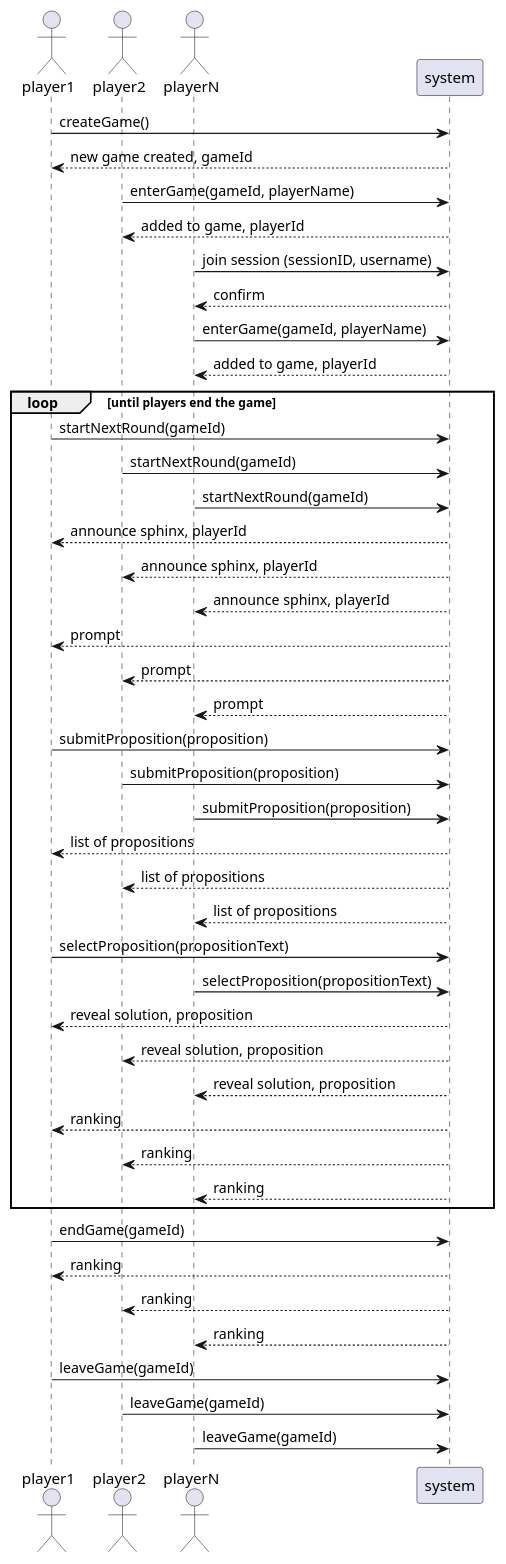
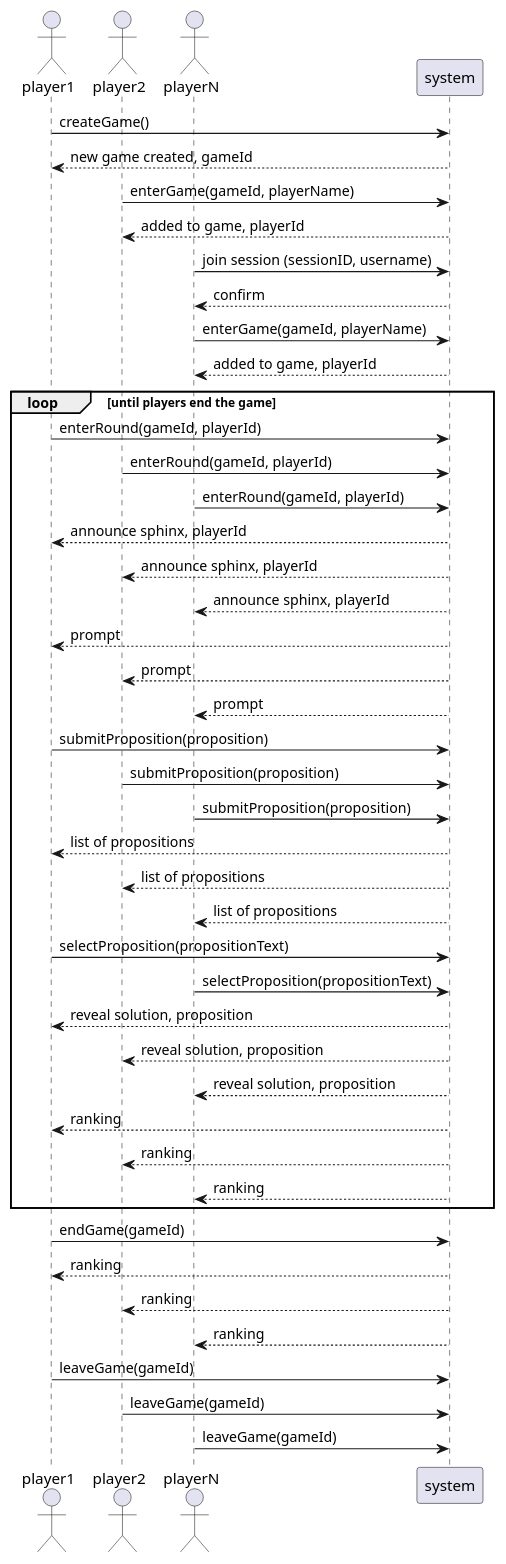
The diagram in docs/diagrams/system_sequence_diagram.plantuml (patrickwinti/worldwidewalter), drawn with PlantUML before and after one commit. The commit also changed 7 other files, not shown here.

Commit message:
[WWW-72] adds start round call

```diff
--- a/docs/diagrams/system_sequence_diagram.plantuml
+++ b/docs/diagrams/system_sequence_diagram.plantuml
@@ -1,63 +1,63 @@
 @startuml
 
 actor       player1
 actor       player2
 actor       playerN
 
 
 player1 -> system: createGame()
 system --> player1: new game created, gameId
 
 player2 -> system: enterGame(gameId, playerName)
 system --> player2: added to game, playerId
 
 playerN -> system: join session (sessionID, username)
 system --> playerN: confirm
 
 playerN -> system: enterGame(gameId, playerName)
 system --> playerN: added to game, playerId
 
 loop until players end the game
-    player1 -> system: startNextRound(gameId)
-    player2 -> system: startNextRound(gameId)
-    playerN -> system: startNextRound(gameId)
+    player1 -> system: enterRound(gameId, playerId)
+    player2 -> system: enterRound(gameId, playerId)
+    playerN -> system: enterRound(gameId, playerId)
 
     system --> player1: announce sphinx, playerId
     system --> player2: announce sphinx, playerId
     system --> playerN: announce sphinx, playerId
 
     system --> player1: prompt
     system --> player2: prompt
     system --> playerN: prompt
 
     player1 -> system: submitProposition(proposition)
     player2 -> system: submitProposition(proposition)
     playerN -> system: submitProposition(proposition)
 
     system --> player1: list of propositions
     system --> player2: list of propositions
     system --> playerN: list of propositions
 
     player1 -> system: selectProposition(propositionText)
     playerN -> system: selectProposition(propositionText)
 
     system --> player1: reveal solution, proposition
     system --> player2: reveal solution, proposition
     system --> playerN: reveal solution, proposition
 
     system --> player1: ranking
     system --> player2: ranking
     system --> playerN: ranking
 end
 
 player1 -> system: endGame(gameId)
 
 system --> player1: ranking
 system --> player2: ranking
 system --> playerN: ranking
 
 player1 -> system: leaveGame(gameId)
 player2 -> system: leaveGame(gameId)
 playerN -> system: leaveGame(gameId)
 
 @enduml
```
